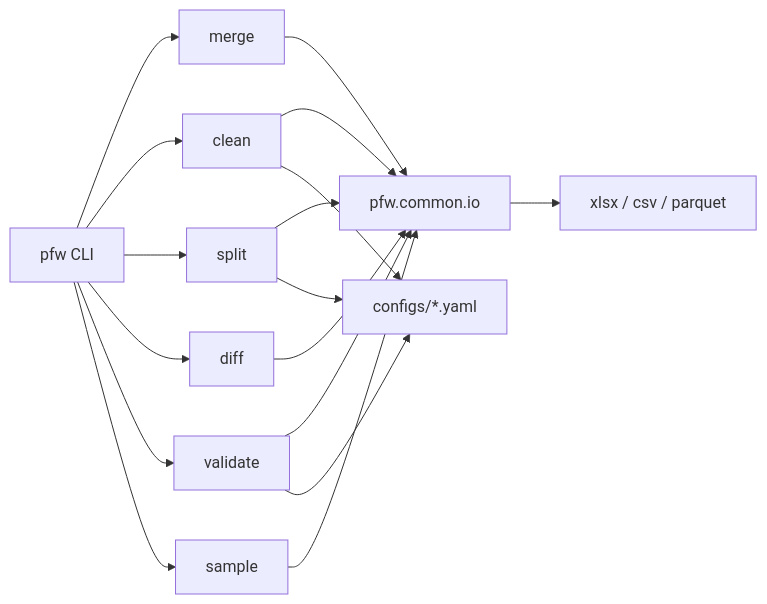
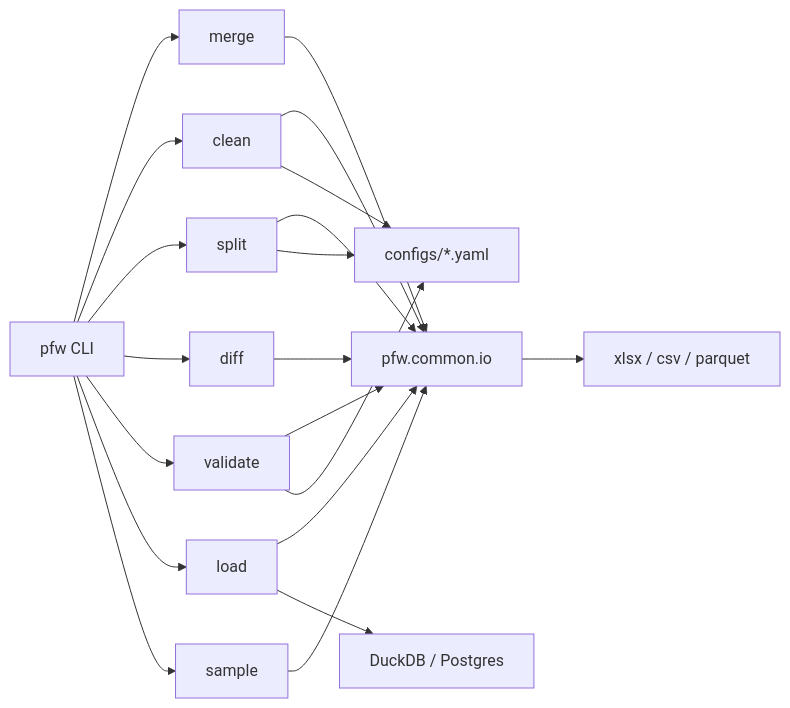
The diagram in README.md (imam-db/python-for-work), drawn with Mermaid before and after one commit. The commit also changed other lines of this file and 9 other files, not shown here.

First line of the commit message:
feat: add pfw load for DuckDB and optional Postgres

````diff
--- a/README.md
+++ b/README.md
@@ -23,19 +24,22 @@
 ```mermaid
 flowchart LR
   CLI["pfw CLI"] --> M[merge]
   CLI --> C[clean]
   CLI --> S[split]
   CLI --> D[diff]
   CLI --> V[validate]
+  CLI --> L[load]
   CLI --> Sample[sample]
   M --> IO["pfw.common.io"]
   C --> IO
   S --> IO
   D --> IO
   V --> IO
+  L --> IO
   Sample --> IO
   IO --> Files["xlsx / csv / parquet"]
+  L --> DB["DuckDB / Postgres"]
   C --> YAML["configs/*.yaml"]
   V --> YAML
   S --> YAML
 ```
````
